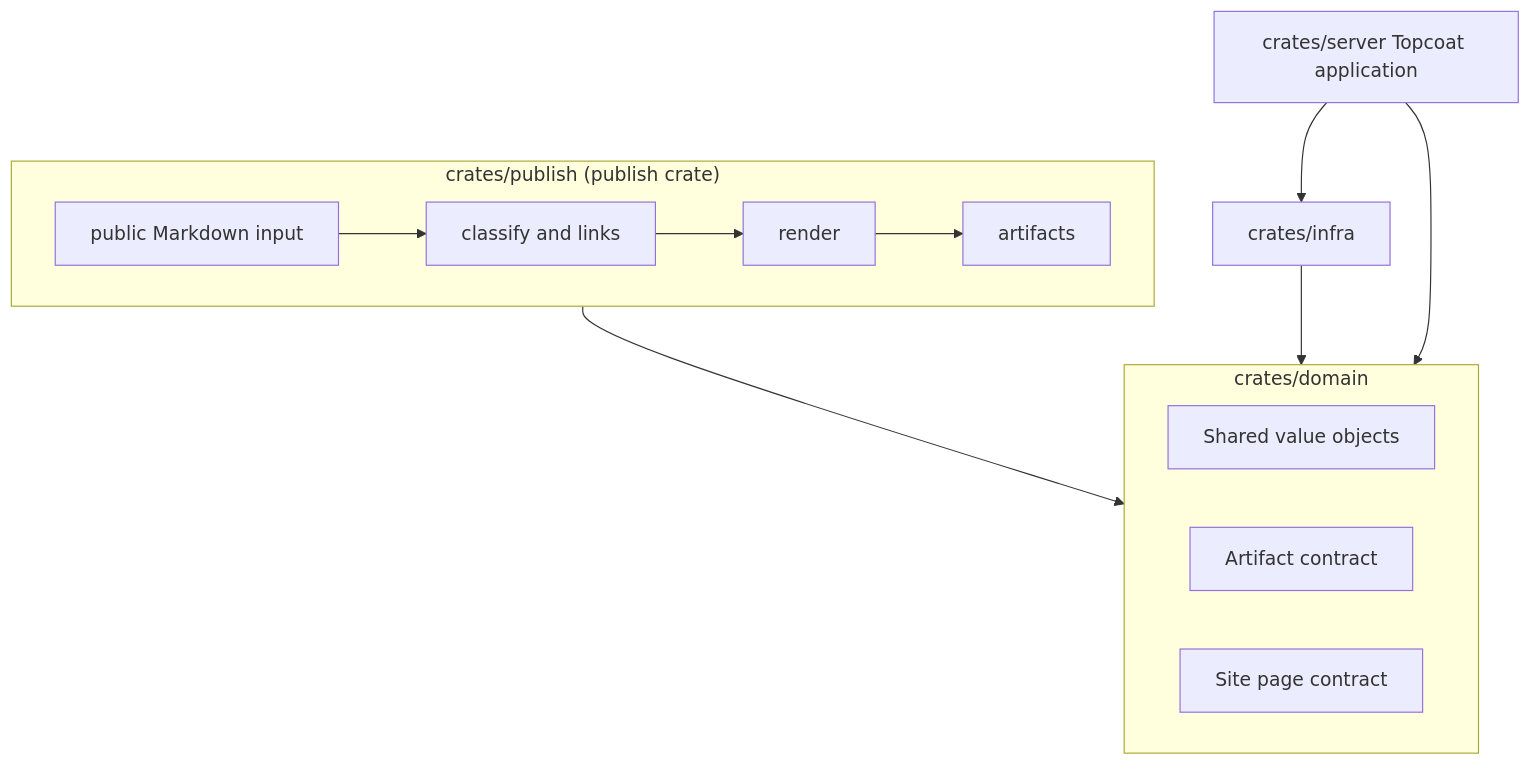
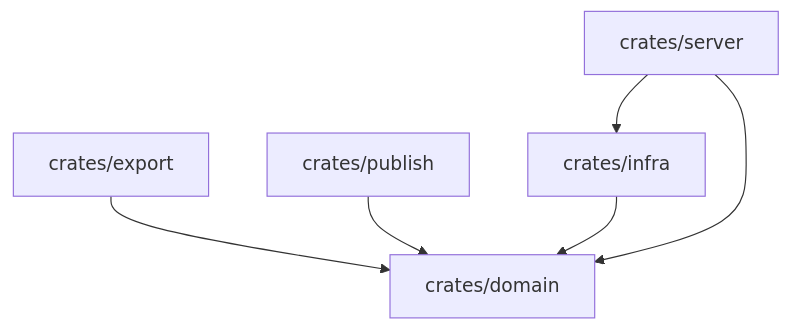
One commit to okawak/okawak_blog changed the second of 2 diagrams in docs/architecture/architecture.md. Above: the diagram before and after it, drawn with Mermaid. The commit also changed other lines of this file, not shown here.

Commit message:
docs: architectureを境界と不変条件へ整理する (#285)

````diff
--- a/docs/architecture/architecture.md
+++ b/docs/architecture/architecture.md
@@ -132,26 +55,8 @@
-```mermaid
+~~~mermaid
 flowchart TB
-    subgraph Domain["crates/domain"]
-        D1[Shared value objects]
-        D2[Artifact contract]
-        D3[Site page contract]
-    end
-
-    subgraph Publish["crates/publish (publish crate)"]
-        P1[public Markdown input]
-        P2[classify and links]
-        P3[render]
-        P4[artifacts]
-    end
-
-    S1[crates/infra]
-    S2[crates/server Topcoat application]
-
-    Publish --> Domain
-    S1 --> Domain
-    S2 --> Domain
-    P1 --> P2
-    P2 --> P3
-    P3 --> P4
-    S2 --> S1
-```
+    Export[crates/export] --> Domain[crates/domain]
+    Publish[crates/publish] --> Domain
+    Infra[crates/infra] --> Domain
+    Server[crates/server] --> Domain
+    Server --> Infra
+~~~
````
